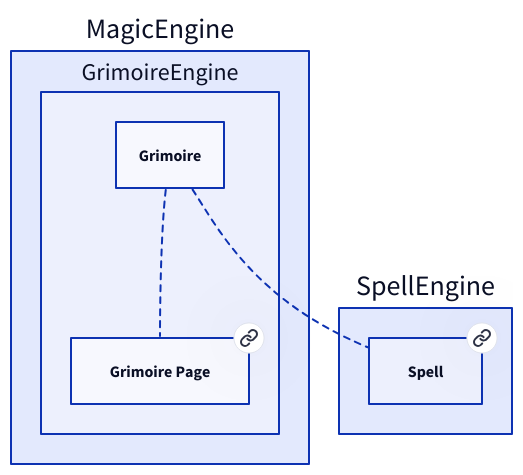
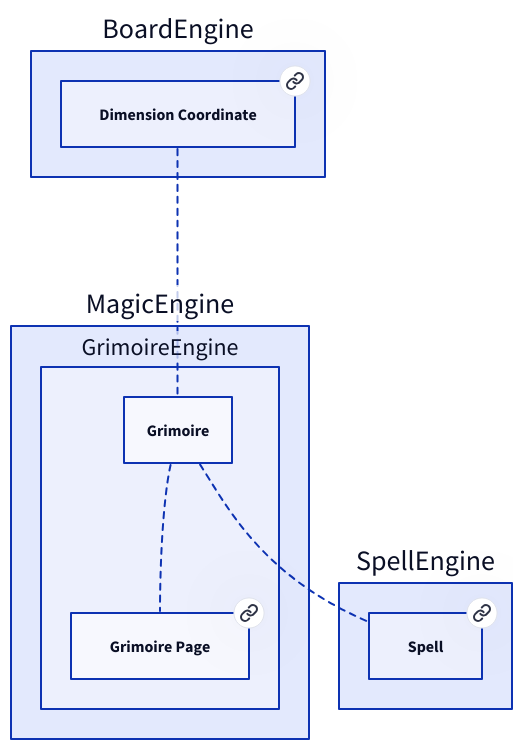
Before and after one commit to Portevent/Brume-Documentation: the diagram in doc/MagicEngine/GrimoireEngine/Grimoire.md, drawn with D2. The commit also changed other lines of this file and 15 other files, not shown here.

````diff
--- a/doc/MagicEngine/GrimoireEngine/Grimoire.md
+++ b/doc/MagicEngine/GrimoireEngine/Grimoire.md
@@ -11,20 +11,26 @@
 ```d2
 # Nodes :
+BoardEngine: {
+    DimensionCoordinate: Dimension Coordinate {
+       link: DimensionCoordinate
+    }
+}
 SpellEngine: {
     Spell: Spell {
        link: Spell
     }
 }
 MagicEngine: {
     GrimoireEngine: {
         GrimoirePage: Grimoire Page {
            link: GrimoirePage
         }
     }
 }
 
 # Links :
 MagicEngine.GrimoireEngine.Grimoire -- MagicEngine.GrimoireEngine.GrimoirePage: {style.stroke-dash: 3}
 MagicEngine.GrimoireEngine.Grimoire -- SpellEngine.Spell: {style.stroke-dash: 3}
+BoardEngine.DimensionCoordinate -- MagicEngine.GrimoireEngine.Grimoire: {style.stroke-dash: 3}
 
 ```
````
